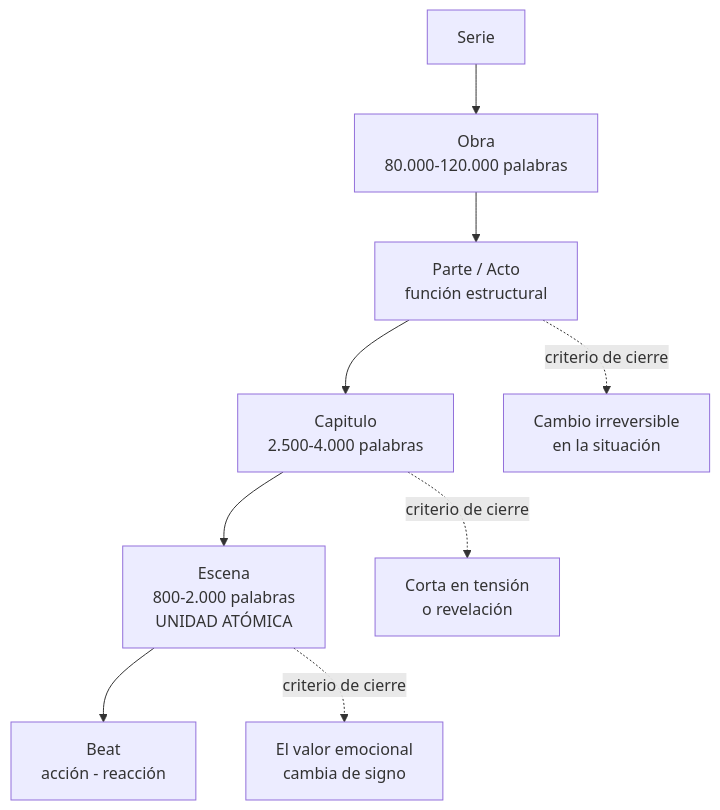
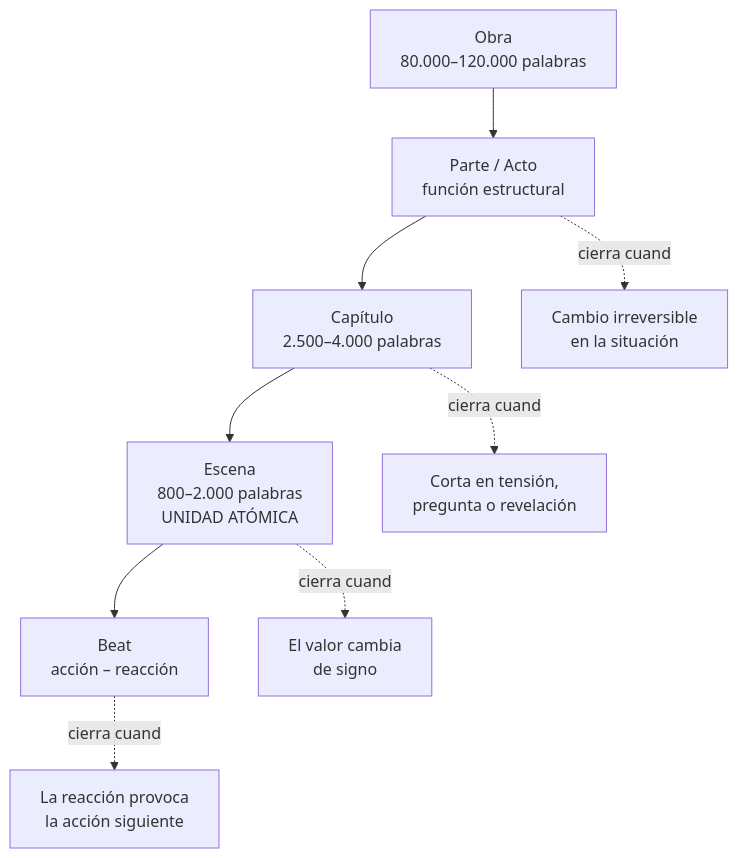
One commit to maujimenez4/ciberpunk-storymaker changed the first of 5 diagrams in docs/domain-knowledge.md. Above: the diagram before and after it, drawn with Mermaid. The commit also changed other lines of this file and 2 other files, not shown here.

````diff
--- a/docs/domain-knowledge.md
+++ b/docs/domain-knowledge.md
@@ -224,12 +76,12 @@
 ```mermaid
 flowchart TD
-  A["Serie"] --> B["Obra<br/>80.000-120.000 palabras"]
-  B --> C["Parte / Acto<br/>función estructural"]
-  C --> D["Capitulo<br/>2.500-4.000 palabras"]
-  D --> E["Escena<br/>800-2.000 palabras<br/>UNIDAD ATÓMICA"]
-  E --> F["Beat<br/>acción - reacción"]
+  B["Obra<br/>80.000–120.000 palabras"] --> C["Parte / Acto<br/>función estructural"]
+  C --> D["Capítulo<br/>2.500–4.000 palabras"]
+  D --> E["Escena<br/>800–2.000 palabras<br/>UNIDAD ATÓMICA"]
+  E --> F["Beat<br/>acción – reacción"]
 
-  E -.criterio de cierre.-> E1["El valor emocional<br/>cambia de signo"]
-  D -.criterio de cierre.-> D1["Corta en tensión<br/>o revelación"]
-  C -.criterio de cierre.-> C1["Cambio irreversible<br/>en la situación"]
+  C -.cierra cuando.-> C1["Cambio irreversible<br/>en la situación"]
+  D -.cierra cuando.-> D1["Corta en tensión,<br/>pregunta o revelación"]
+  E -.cierra cuando.-> E1["El valor cambia<br/>de signo"]
+  F -.cierra cuando.-> F1["La reacción provoca<br/>la acción siguiente"]
 ```
````
